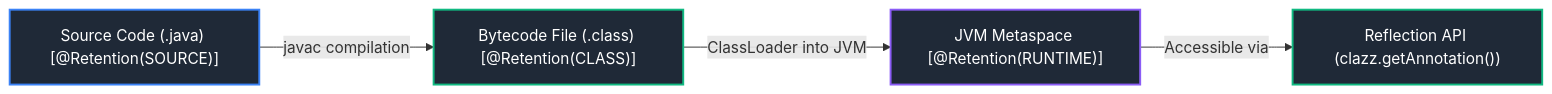
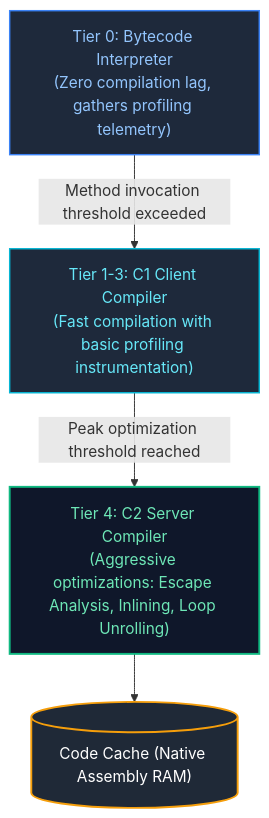
The sixth of 11 diagrams in Java Backend Engineering/05_jvm_memory_io_reflection_runtime.md (joydeep-biswas/Interview-Preparation), drawn with Mermaid before and after one commit. The commit also changed other lines of this file and 143 other files, not shown here.

````diff
--- a/Java Backend Engineering/05_jvm_memory_io_reflection_runtime.md
+++ b/Java Backend Engineering/05_jvm_memory_io_reflection_runtime.md
@@ -593,11 +479,12 @@
 ```mermaid
-flowchart LR
-    SourceCode["Source Code (.java) [@Retention(SOURCE)]"] -->|javac compilation| BytecodeFile["Bytecode File (.class) [@Retention(CLASS)]"]
-    BytecodeFile -->|ClassLoader into JVM| RuntimeMemory["JVM Metaspace [@Retention(RUNTIME)]"]
-    RuntimeMemory -->|Accessible via| ReflectionApp["Reflection API (clazz.getAnnotation())"]
+flowchart TD
+    Tier0["Tier 0: Bytecode Interpreter<br/>(Zero compilation lag, gathers profiling telemetry)"]
+    -->|"Method invocation threshold exceeded"| Tier1["Tier 1-3: C1 Client Compiler<br/>(Fast compilation with basic profiling instrumentation)"]
+    Tier1 -->|"Peak optimization threshold reached"| Tier4["Tier 4: C2 Server Compiler<br/>(Aggressive optimizations: Escape Analysis, Inlining, Loop Unrolling)"]
+    Tier4 --> CodeCache[("Code Cache (Native Assembly RAM)")]
 
-    style SourceCode fill:#1f2937,stroke:#3b82f6,stroke-width:2px,color:#fff
-    style BytecodeFile fill:#1f2937,stroke:#10b981,stroke-width:2px,color:#fff
-    style RuntimeMemory fill:#1f2937,stroke:#8b5cf6,stroke-width:2px,color:#fff
-    style ReflectionApp fill:#1f2937,stroke:#10b981,stroke-width:2px,color:#fff
+    style Tier0 fill:#1e293b,stroke:#3b82f6,stroke-width:1.5px,color:#93c5fd
+    style Tier1 fill:#1e293b,stroke:#06b6d4,stroke-width:1.5px,color:#67e8f9
+    style Tier4 fill:#0f172a,stroke:#10b981,stroke-width:2px,color:#6ee7b7
+    style CodeCache fill:#1f2937,stroke:#f59e0b,stroke-width:2px,color:#fff
 ```
````
